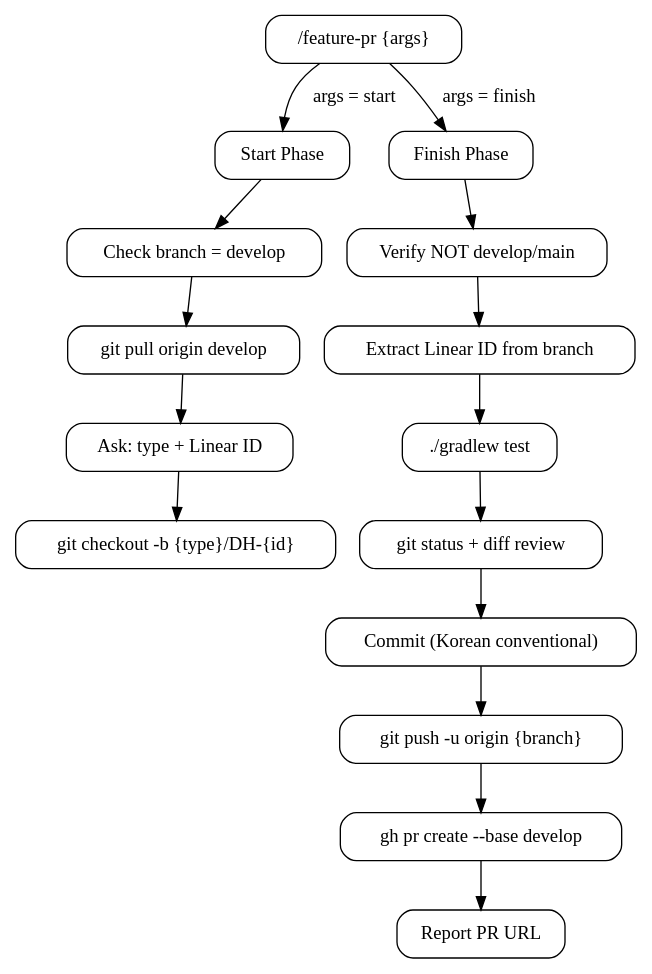
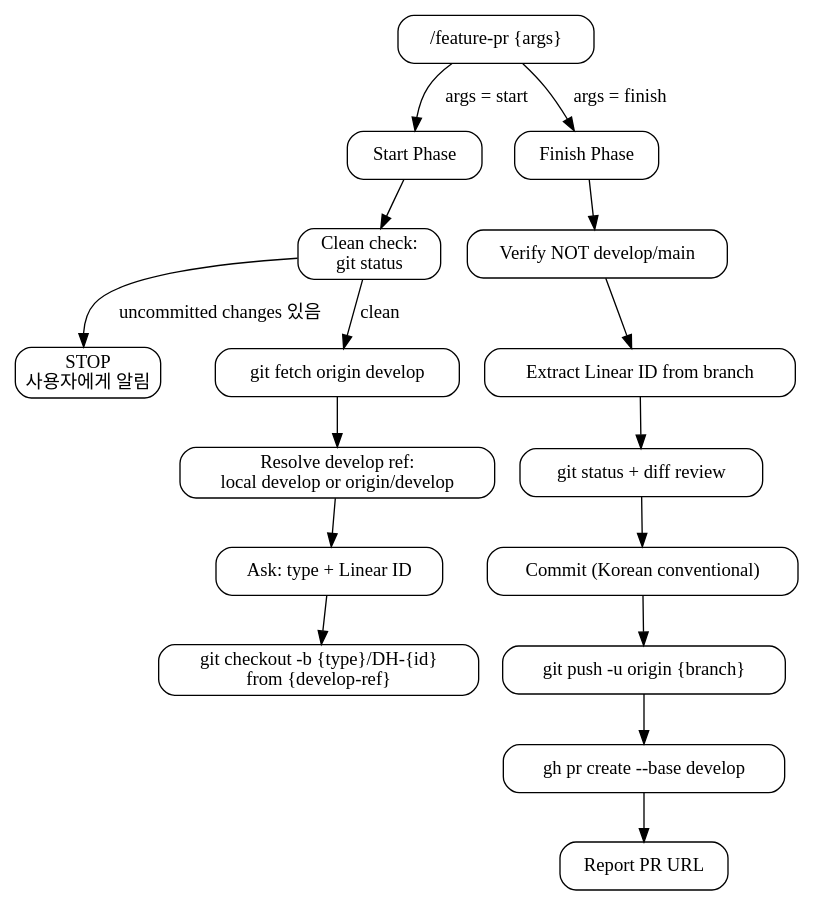
One commit to DH-Crew/On-Dot_BE changed the diagram in .claude/skills/feature-pr/SKILL.md. Above: the diagram before and after it, drawn with Graphviz. The commit also changed other lines of this file and 2 other files, not shown here.

First line of the commit message:
[FEAT] PR 스킬 개선 및 워크플로우 자동화 (#69)

````diff
--- a/.claude/skills/feature-pr/SKILL.md
+++ b/.claude/skills/feature-pr/SKILL.md
@@ -12,31 +12,34 @@
 ```dot
 digraph feature_pr {
   rankdir=TB
   node [shape=box style=rounded]
 
   entry [label="/feature-pr {args}"]
   start [label="Start Phase"]
   finish [label="Finish Phase"]
 
   entry -> start [label="args = start"]
   entry -> finish [label="args = finish"]
 
-  start -> s1 [label=""]
-  s1 [label="Check branch = develop"]
-  s2 [label="git pull origin develop"]
+  start -> s0 [label=""]
+  s0 [label="Clean check:\ngit status"]
+  s0_fail [label="STOP\n사용자에게 알림"]
+  s1 [label="git fetch origin develop"]
+  s2 [label="Resolve develop ref:\nlocal develop or origin/develop"]
   s3 [label="Ask: type + Linear ID"]
-  s4 [label="git checkout -b {type}/DH-{id}"]
+  s4 [label="git checkout -b {type}/DH-{id}\nfrom {develop-ref}"]
+  s0 -> s0_fail [label="uncommitted changes 있음"]
+  s0 -> s1 [label="clean"]
   s1 -> s2 -> s3 -> s4
 
   finish -> f1 [label=""]
   f1 [label="Verify NOT develop/main"]
   f2 [label="Extract Linear ID from branch"]
-  f3 [label="./gradlew test"]
-  f4 [label="git status + diff review"]
-  f5 [label="Commit (Korean conventional)"]
-  f6 [label="git push -u origin {branch}"]
-  f7 [label="gh pr create --base develop"]
-  f8 [label="Report PR URL"]
-  f1 -> f2 -> f3 -> f4 -> f5 -> f6 -> f7 -> f8
+  f3 [label="git status + diff review"]
+  f4 [label="Commit (Korean conventional)"]
+  f5 [label="git push -u origin {branch}"]
+  f6 [label="gh pr create --base develop"]
+  f7 [label="Report PR URL"]
+  f1 -> f2 -> f3 -> f4 -> f5 -> f6 -> f7
 }
 ```
````
